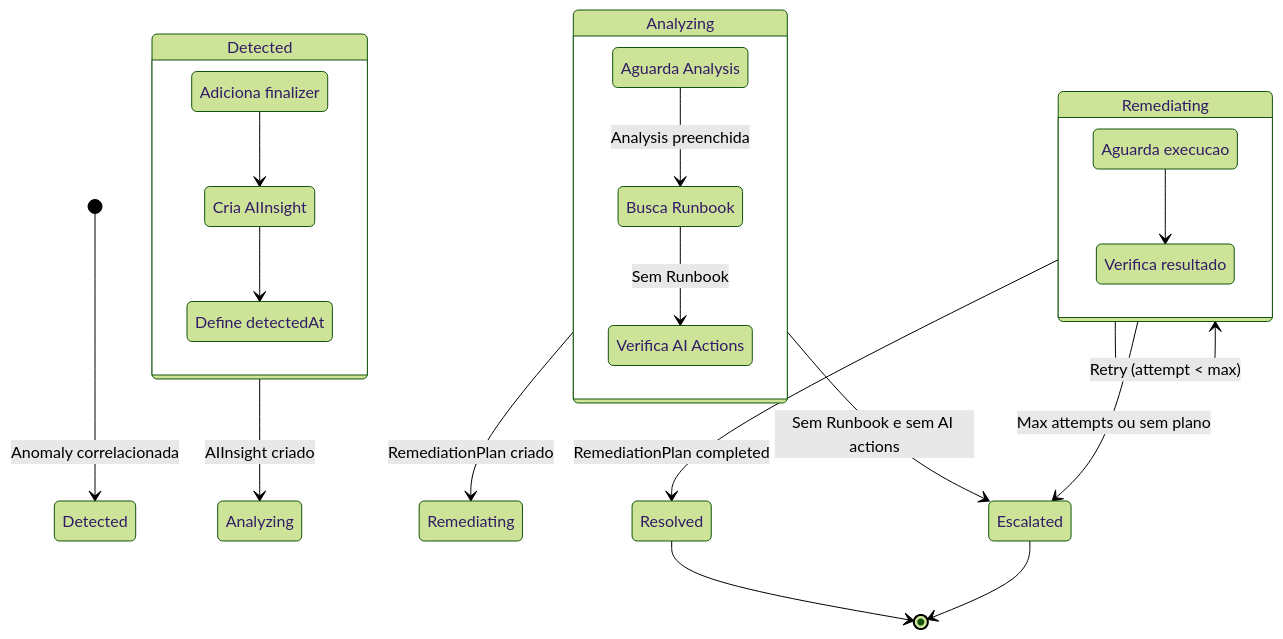
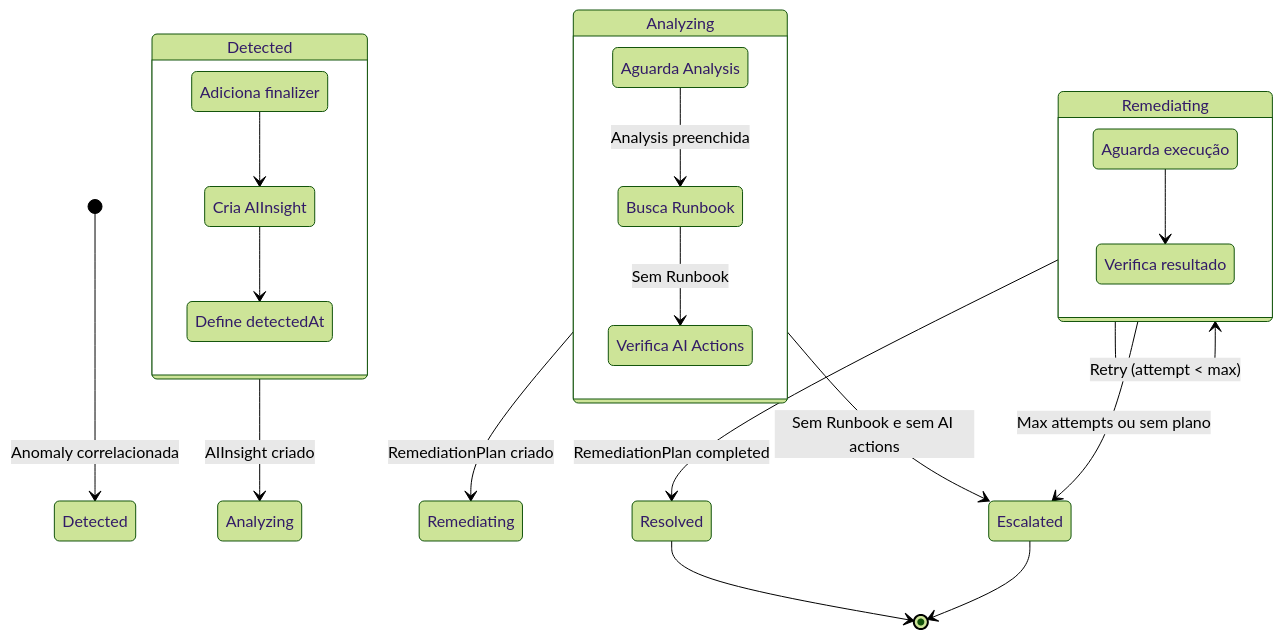
Before and after one commit to diillson/chatcli: the second of 3 diagrams in ghpages/content/docs/features/aiops-platform.md, drawn with Mermaid (forest theme). The commit also changed other lines of this file and 25 other files, not shown here.

````diff
--- a/ghpages/content/docs/features/aiops-platform.md
+++ b/ghpages/content/docs/features/aiops-platform.md
@@ -173,38 +173,38 @@
 ```mermaid
 stateDiagram-v2
     [*] --> Detected : Anomaly correlacionada
 
     state "Detected" as D {
         state "Adiciona finalizer" as D1
         state "Cria AIInsight" as D2
         state "Define detectedAt" as D3
         D1 --> D2
         D2 --> D3
     }
 
     D --> Analyzing : AIInsight criado
 
     state "Analyzing" as A {
         state "Aguarda Analysis" as A1
         state "Busca Runbook" as A2
         state "Verifica AI Actions" as A3
         A1 --> A2 : Analysis preenchida
         A2 --> A3 : Sem Runbook
     }
 
     A --> Remediating : RemediationPlan criado
     A --> Escalated : Sem Runbook e sem AI actions
 
     state "Remediating" as R {
-        state "Aguarda execucao" as R1
+        state "Aguarda execução" as R1
         state "Verifica resultado" as R2
         R1 --> R2
     }
 
     R --> Resolved : RemediationPlan completed
     R --> R : Retry (attempt < max)
     R --> Escalated : Max attempts ou sem plano
 
     Resolved --> [*]
     Escalated --> [*]
 ```
````
